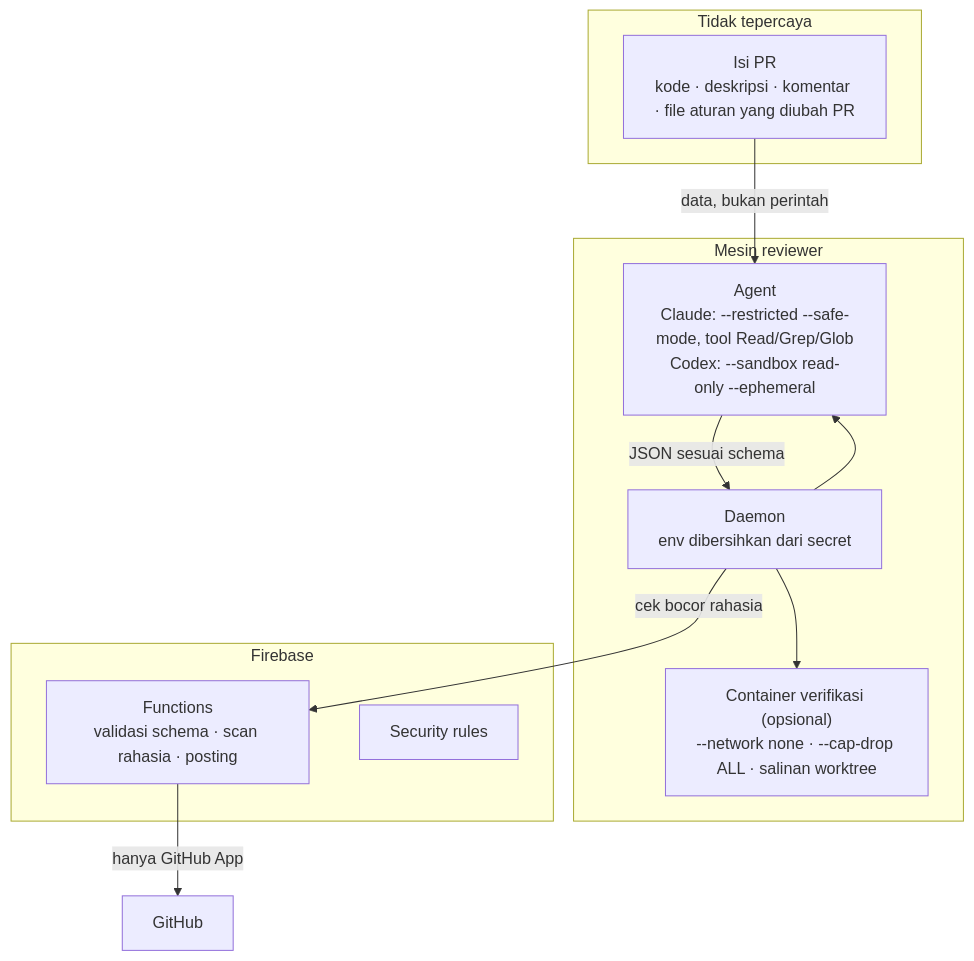
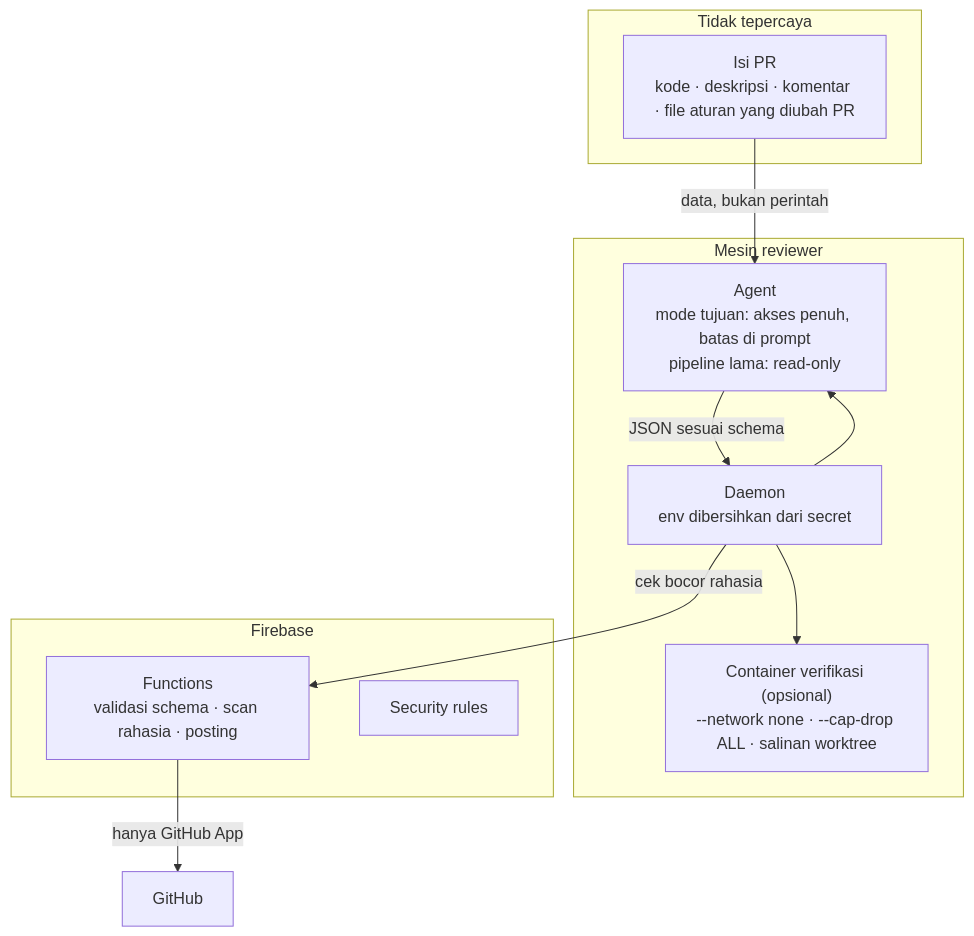
One commit to NurFajarSA/chef-juno changed the diagram in docs/guide/07-keamanan.md. Above: the diagram before and after it, drawn with Mermaid. The commit also changed other lines of this file and 23 other files, not shown here.

First line of the commit message:
feat(review): mode tujuan — satu agent dengan tujuan, konteks, dan batas; cara kerjanya dia yang memutuskan

````diff
--- a/docs/guide/07-keamanan.md
+++ b/docs/guide/07-keamanan.md
@@ -6,21 +6,21 @@
 ```mermaid
 flowchart TB
   subgraph UNTRUSTED["Tidak tepercaya"]
     PRC["Isi PR<br/>kode · deskripsi · komentar · file aturan yang diubah PR"]
   end
   subgraph MESIN["Mesin reviewer"]
-    AG["Agent<br/>Claude: --restricted --safe-mode, tool Read/Grep/Glob<br/>Codex: --sandbox read-only --ephemeral"]
+    AG["Agent<br/>mode tujuan: akses penuh, batas di prompt<br/>pipeline lama: read-only"]
     D["Daemon<br/>env dibersihkan dari secret"]
     CT["Container verifikasi (opsional)<br/>--network none · --cap-drop ALL · salinan worktree"]
   end
   subgraph SERVER["Firebase"]
     FN["Functions<br/>validasi schema · scan rahasia · posting"]
     RL["Security rules"]
   end
   PRC -->|"data, bukan perintah"| AG
   D --> AG
   D --> CT
   AG -->|"JSON sesuai schema"| D
   D -->|"cek bocor rahasia"| FN
   FN -->|"hanya GitHub App"| GH["GitHub"]
 ```
````
